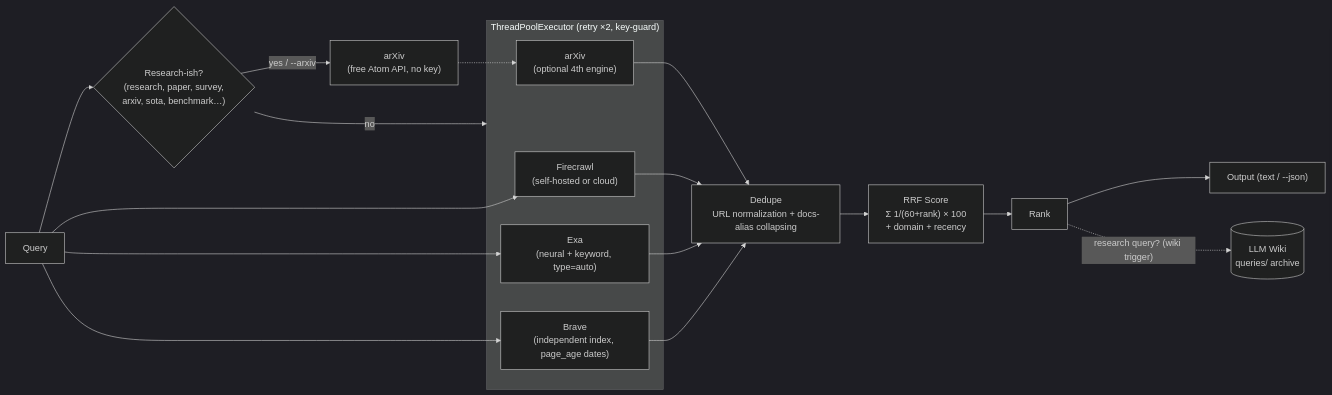
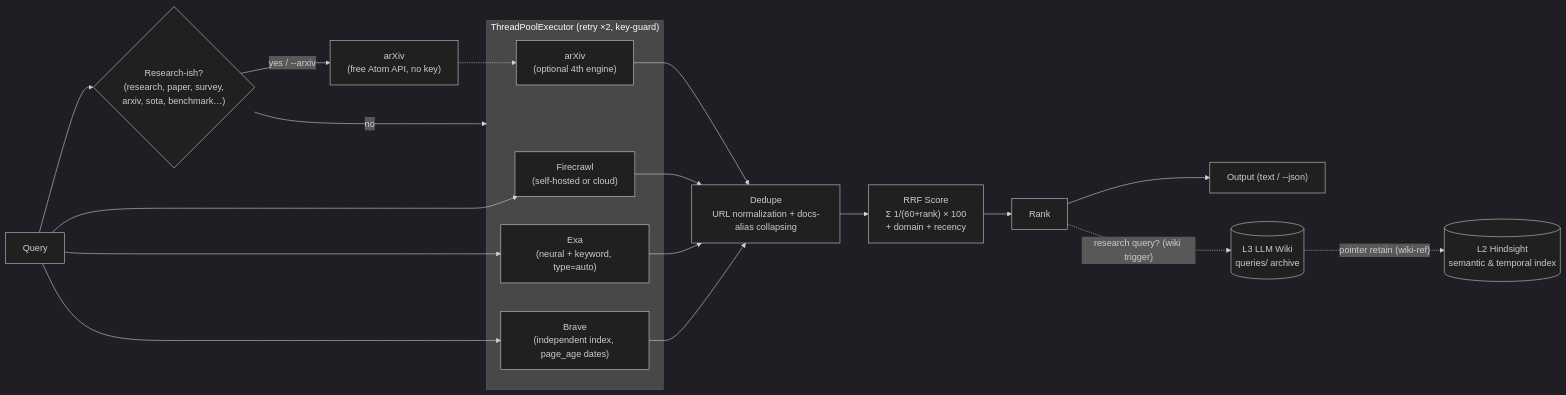
One commit to Green-Needle-Tech/llm-smart-search changed the diagram in README.md. Above: the diagram before and after it, drawn with Mermaid (dark theme). The commit also changed other lines of this file and 1 other file, not shown here.

Commit message:
feat(hindsight): retain L2 pointer to L3 wiki page on research queries (v2.4.0)

````diff
--- a/README.md
+++ b/README.md
@@ -11,24 +11,25 @@
 ```mermaid
 flowchart LR
     Q[Query] --> G{"Research-ish?<br/>(research, paper, survey,<br/>arxiv, sota, benchmark…)"}
     G -- "yes / --arxiv" --> AX["arXiv<br/>(free Atom API, no key)"]
     G -- no --> P
     subgraph P ["ThreadPoolExecutor (retry ×2, key-guard)"]
         FC["Firecrawl<br/>(self-hosted or cloud)"]
         EX["Exa<br/>(neural + keyword, type=auto)"]
         BR["Brave<br/>(independent index, page_age dates)"]
         AX2["arXiv<br/>(optional 4th engine)"]
     end
     Q --> FC
     Q --> EX
     Q --> BR
     AX -.-> AX2
     FC --> DD["Dedupe<br/>URL normalization + docs-alias collapsing"]
     EX --> DD
     BR --> DD
     AX2 --> DD
     DD --> RRF["RRF Score<br/>Σ 1/(60+rank) × 100<br/>+ domain + recency"]
     RRF --> RK[Rank]
     RK --> OUT["Output (text / --json)"]
-    RK -. "research query? (wiki trigger)" .-> WK[("LLM Wiki<br/>queries/ archive")]
+    RK -. "research query? (wiki trigger)" .-> WK[("L3 LLM Wiki<br/>queries/ archive")]
+    WK -. "pointer retain (wiki-ref)" .-> HS[("L2 Hindsight<br/>semantic & temporal index")]
 ```
````
